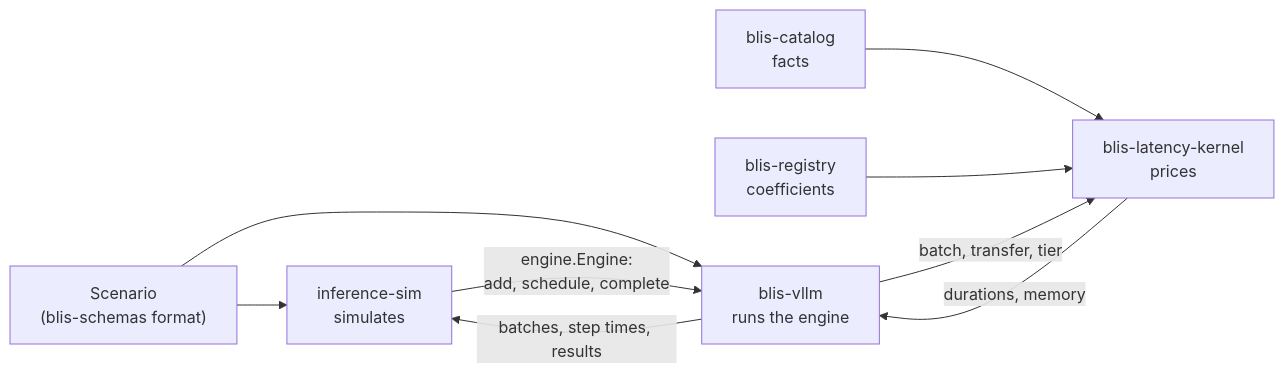
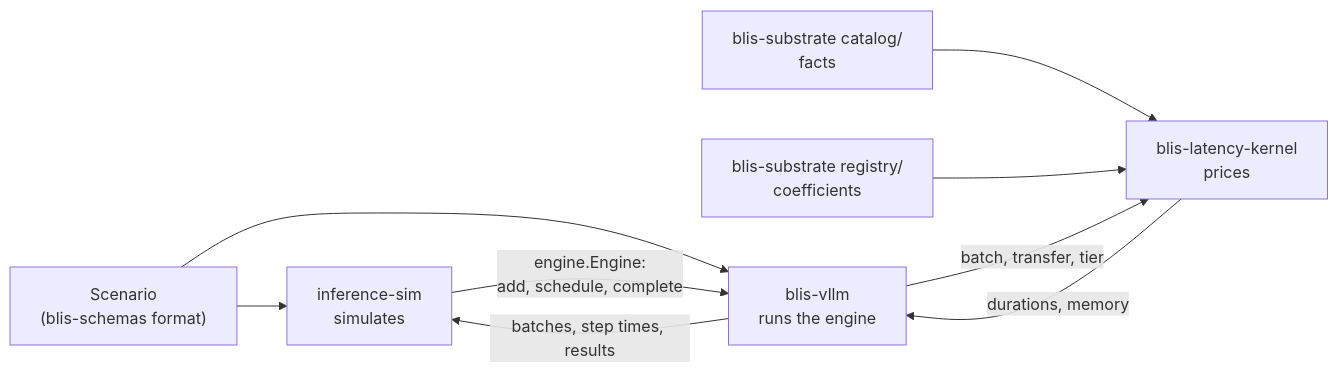
Before and after one commit to inference-sim/inference-sim: the first of 2 diagrams in docs/concepts/architecture.md, drawn with Mermaid. The commit also changed other lines of this file and 1309 other files, not shown here.

````diff
--- a/docs/concepts/architecture.md
+++ b/docs/concepts/architecture.md
@@ -20,11 +20,11 @@
 ```mermaid
 flowchart LR
     SC["Scenario<br/>(blis-schemas format)"] --> SIM
-    CAT["blis-catalog<br/>facts"] --> K
-    REG["blis-registry<br/>coefficients"] --> K
+    CAT["blis-substrate catalog/<br/>facts"] --> K
+    REG["blis-substrate registry/<br/>coefficients"] --> K
     SC --> E
     SIM["inference-sim<br/>simulates"] -- "engine.Engine:<br/>add, schedule, complete" --> E["blis-vllm<br/>runs the engine"]
     E -- "batch, transfer, tier" --> K["blis-latency-kernel<br/>prices"]
     K -- "durations, memory" --> E
     E -- "batches, step times, results" --> SIM
 ```
````
